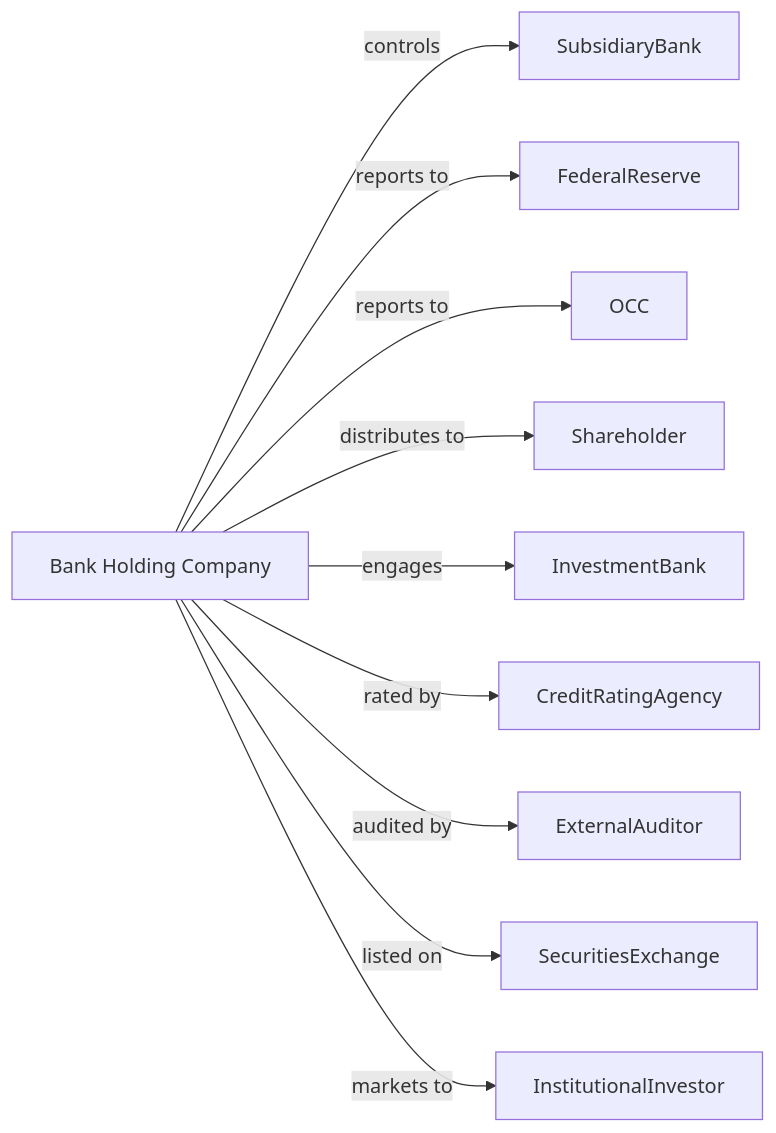
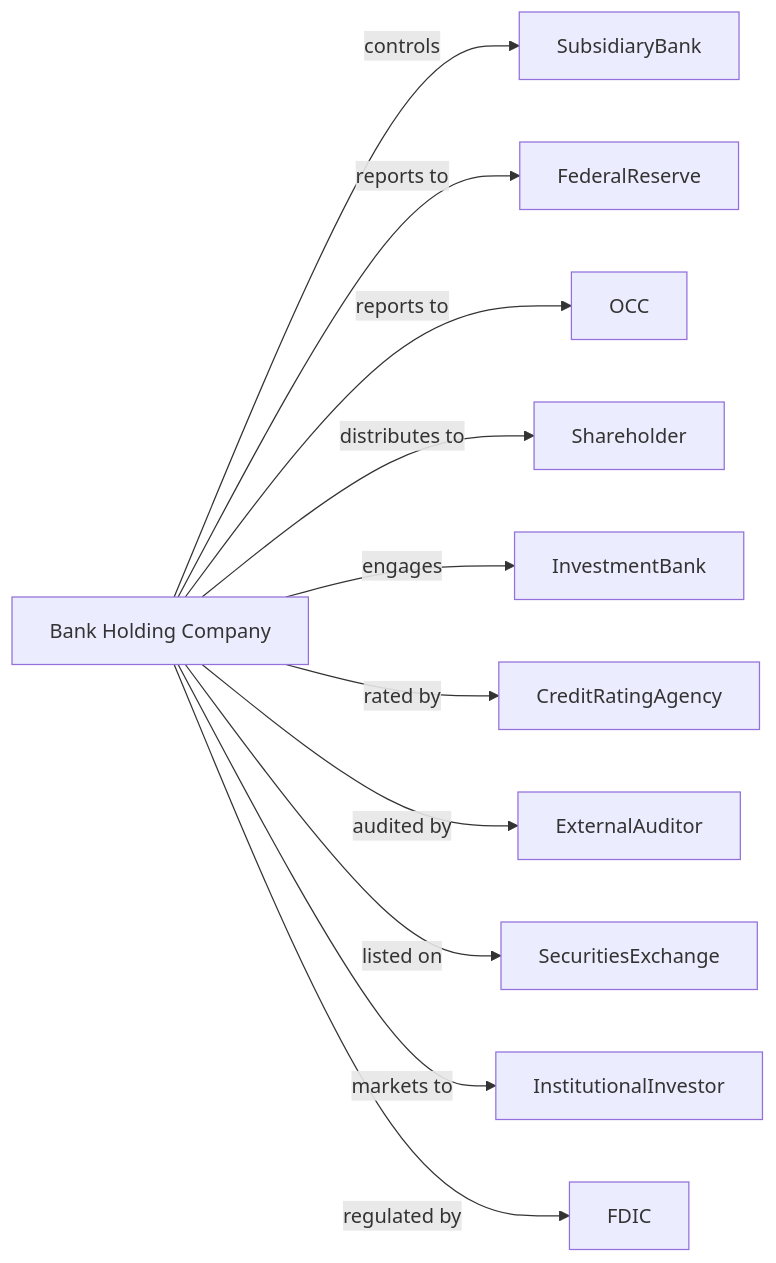
Before and after one commit to dot-org-ai/industries.org.ai: the second of 2 diagrams in Management/Management/Management/OfficesOfBankHoldingCompanies.mdx, drawn with Mermaid. The commit also changed other lines of this file and 588 other files, not shown here.

````diff
--- a/Management/Management/Management/OfficesOfBankHoldingCompanies.mdx
+++ b/Management/Management/Management/OfficesOfBankHoldingCompanies.mdx
@@ -142,14 +142,15 @@
 ```mermaid
 graph LR
     BHC[Bank Holding Company]
 
     BHC -->|controls| SubsidiaryBank
     BHC -->|reports to| FederalReserve
     BHC -->|reports to| OCC
     BHC -->|distributes to| Shareholder
     BHC -->|engages| InvestmentBank
     BHC -->|rated by| CreditRatingAgency
     BHC -->|audited by| ExternalAuditor
     BHC -->|listed on| SecuritiesExchange
     BHC -->|markets to| InstitutionalInvestor
+    BHC -->|regulated by| FDIC
 ```
````
